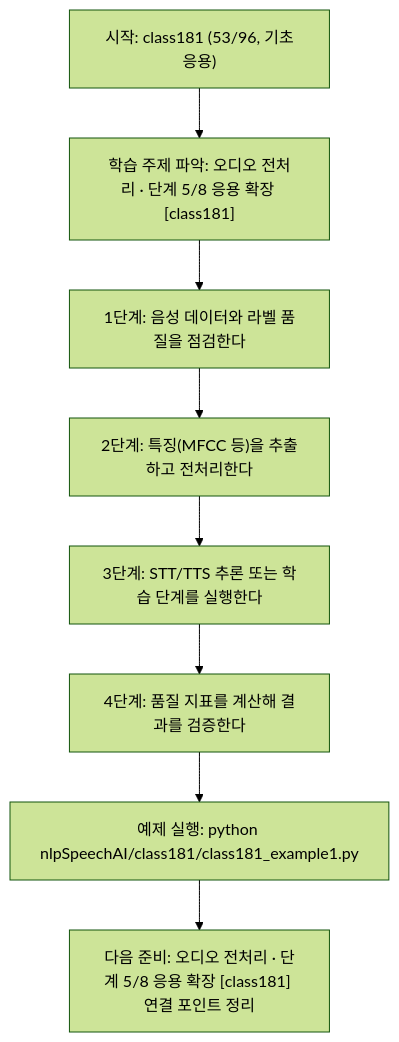
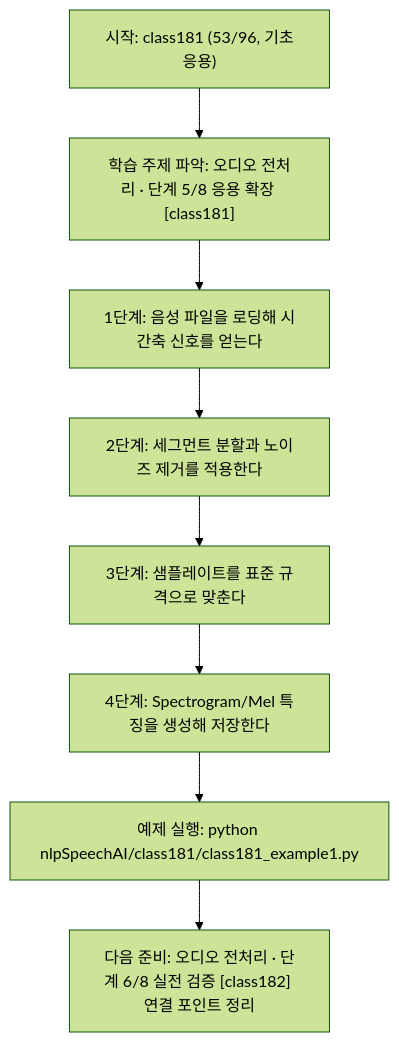
The diagram in nlpSpeechAI/class181/class181.md (edumgt/Python-AI_Agent-Class), drawn with Mermaid (forest theme) before and after one commit. The commit also changed other lines of this file and 1122 other files, not shown here.

````diff
--- a/nlpSpeechAI/class181/class181.md
+++ b/nlpSpeechAI/class181/class181.md
@@ -113,18 +95,18 @@
 ```mermaid
 flowchart TD
 N1["시작: class181 (53/96, 기초응용)"]
 N2["학습 주제 파악: 오디오 전처리 · 단계 5/8 응용 확장 [class181]"]
-N3["1단계: 음성 데이터와 라벨 품질을 점검한다"]
-N4["2단계: 특징(MFCC 등)을 추출하고 전처리한다"]
-N5["3단계: STT/TTS 추론 또는 학습 단계를 실행한다"]
-N6["4단계: 품질 지표를 계산해 결과를 검증한다"]
+N3["1단계: 음성 파일을 로딩해 시간축 신호를 얻는다"]
+N4["2단계: 세그먼트 분할과 노이즈 제거를 적용한다"]
+N5["3단계: 샘플레이트를 표준 규격으로 맞춘다"]
+N6["4단계: Spectrogram/Mel 특징을 생성해 저장한다"]
 N7["예제 실행: python nlpSpeechAI/class181/class181_example1.py"]
-N8["다음 준비: 오디오 전처리 · 단계 5/8 응용 확장 [class181] 연결 포인트 정리"]
+N8["다음 준비: 오디오 전처리 · 단계 6/8 실전 검증 [class182] 연결 포인트 정리"]
 N1 --> N2
 N2 --> N3
 N3 --> N4
 N4 --> N5
 N5 --> N6
 N6 --> N7
 N7 --> N8
 ```
````
